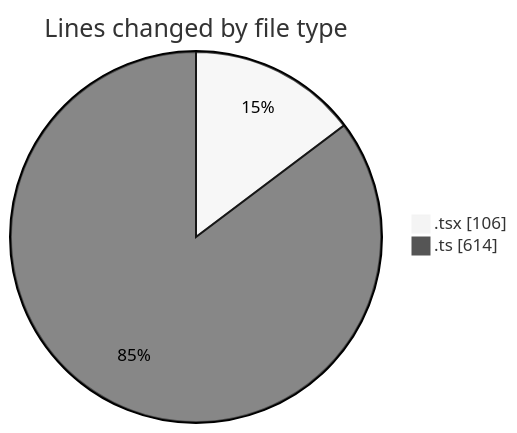
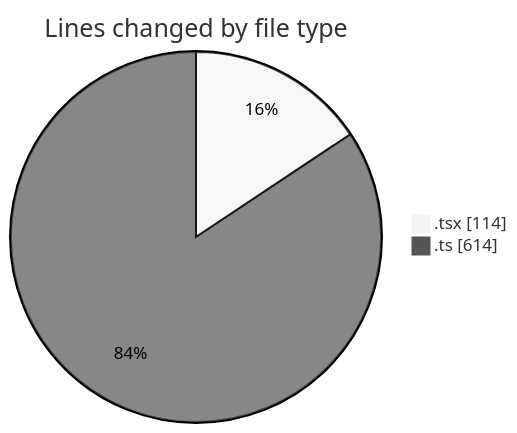
Before and after one commit to nxtqubesakshisongat/code-tracking: the first of 2 diagrams in 2026-05-18/nxtqube_webapp/README.md, drawn with Mermaid (neutral theme). The commit also changed other lines of this file and 1 other file, not shown here.

````diff
--- a/2026-05-18/nxtqube_webapp/README.md
+++ b/2026-05-18/nxtqube_webapp/README.md
@@ -23,6 +23,6 @@
 ```mermaid
 pie showData
 title Lines changed by file type
-".tsx" : 106
+".tsx" : 114
 ".ts" : 614
 ```
````
